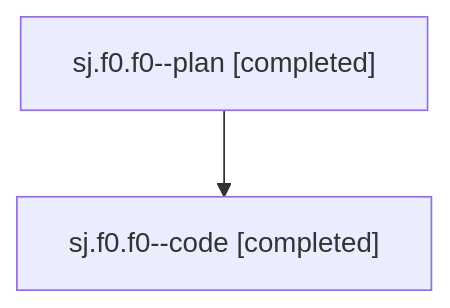
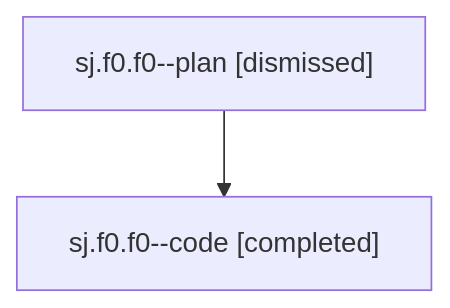
The diagram in families/bbugyi200.athena.sj.f0.f0.md (bobs-org/bob-cli--agents), drawn with Mermaid before and after one commit. The commit also changed other lines of this file and 128 other files, not shown here.

````diff
--- a/families/bbugyi200.athena.sj.f0.f0.md
+++ b/families/bbugyi200.athena.sj.f0.f0.md
@@ -9,6 +9,6 @@
 ```mermaid
 flowchart TD
-  n0["sj.f0.f0--plan [completed]"]
+  n0["sj.f0.f0--plan [dismissed]"]
   n1["sj.f0.f0--code [completed]"]
   n0 --> n1
 ```
````
